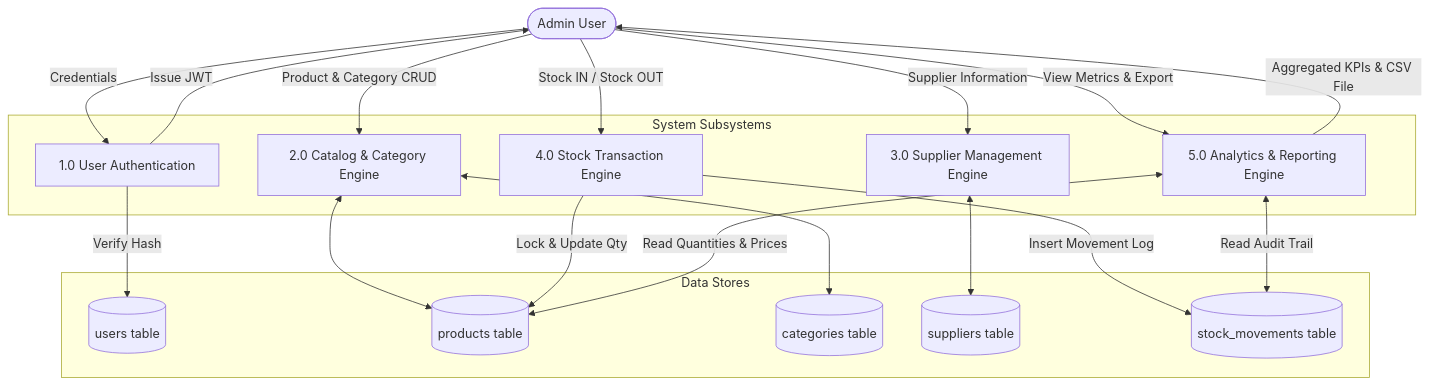
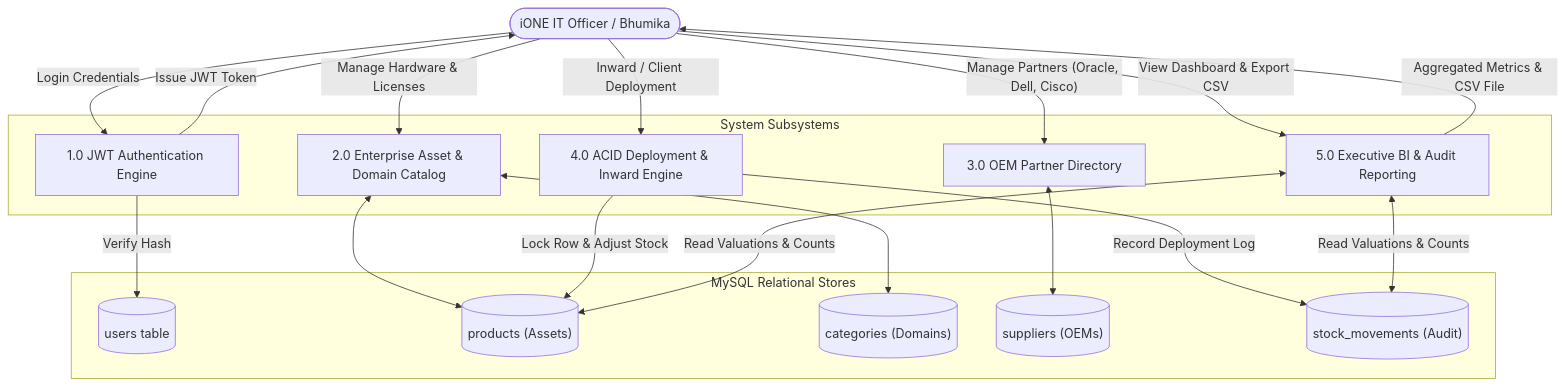
The second of 3 diagrams in IMS_System_Design.md (bhumika-bindal/Inventory_mngmnt_sys), drawn with Mermaid before and after one commit. The commit also changed other lines of this file and 12 other files, not shown here.

Commit message:
feat: customize IMS for iONE IT Solutions with enterprise assets, OEM partners, and corporate branding

````diff
--- a/IMS_System_Design.md
+++ b/IMS_System_Design.md
@@ -82,40 +63,38 @@
 ```mermaid
 flowchart TD
-    User(["Admin User"])
+    Admin(["iONE IT Officer / Bhumika"])
 
     subgraph Processes["System Subsystems"]
-        P1["1.0 User Authentication"]
-        P2["2.0 Catalog & Category Engine"]
-        P3["3.0 Supplier Management Engine"]
-        P4["4.0 Stock Transaction Engine"]
-        P5["5.0 Analytics & Reporting Engine"]
+        P1["1.0 JWT Authentication Engine"]
+        P2["2.0 Enterprise Asset & Domain Catalog"]
+        P3["3.0 OEM Partner Directory"]
+        P4["4.0 ACID Deployment & Inward Engine"]
+        P5["5.0 Executive BI & Audit Reporting"]
     end
 
-    subgraph Storage["Data Stores"]
+    subgraph Storage["MySQL Relational Stores"]
         D1[("users table")]
-        D2[("products table")]
-        D3[("categories table")]
-        D4[("suppliers table")]
-        D5[("stock_movements table")]
+        D2[("products (Assets)")]
+        D3[("categories (Domains)")]
+        D4[("suppliers (OEMs)")]
+        D5[("stock_movements (Audit)")]
     end
 
-    User --"Credentials"--> P1
+    Admin --"Login Credentials"--> P1
     P1 --"Verify Hash"--> D1
-    P1 --"Issue JWT"--> User
+    P1 --"Issue JWT Token"--> Admin
 
-    User --"Product & Category CRUD"--> P2
-    P2 <--> D2
-    P2 <--> D3
+    Admin --"Manage Hardware & Licenses"--> P2
+    P2 <--> D2 & D3
 
-    User --"Supplier Information"--> P3
+    Admin --"Manage Partners (Oracle, Dell, Cisco)"--> P3
     P3 <--> D4
 
-    User --"Stock IN / Stock OUT"--> P4
-    P4 --"Lock & Update Qty"--> D2
-    P4 --"Insert Movement Log"--> D5
+    Admin --"Inward / Client Deployment"--> P4
+    P4 --"Lock Row & Adjust Stock"--> D2
+    P4 --"Record Deployment Log"--> D5
 
-    User --"View Metrics & Export"--> P5
-    P5 <-- "Read Quantities & Prices" --> D2
-    P5 <-- "Read Audit Trail" --> D5
-    P5 --"Aggregated KPIs & CSV File"--> User
+    Admin --"View Dashboard & Export CSV"--> P5
+    P5 <-- "Read Valuations & Counts" --> D2 & D5
+    P5 --"Aggregated Metrics & CSV File"--> Admin
 ```
````
